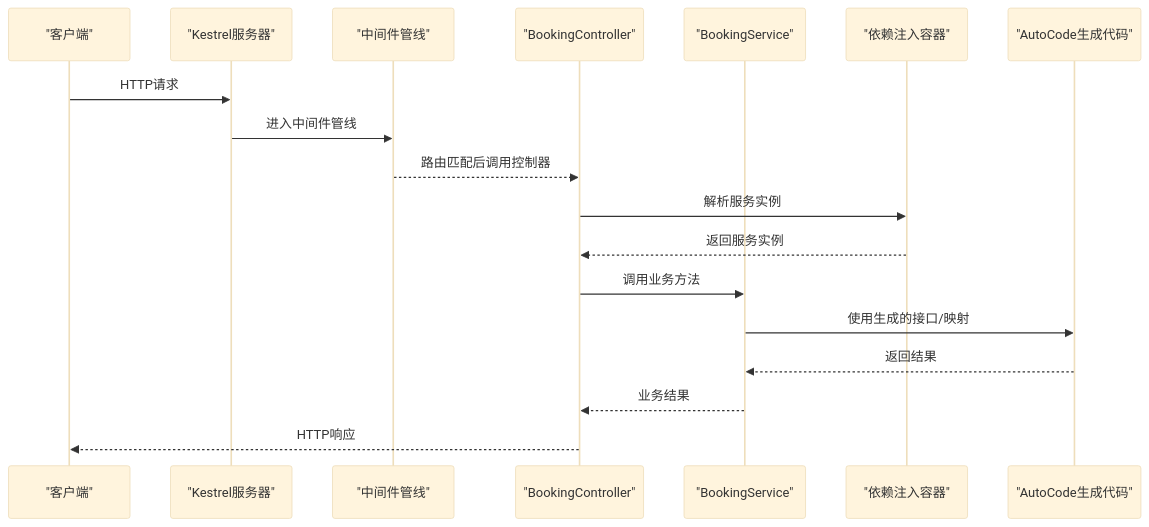
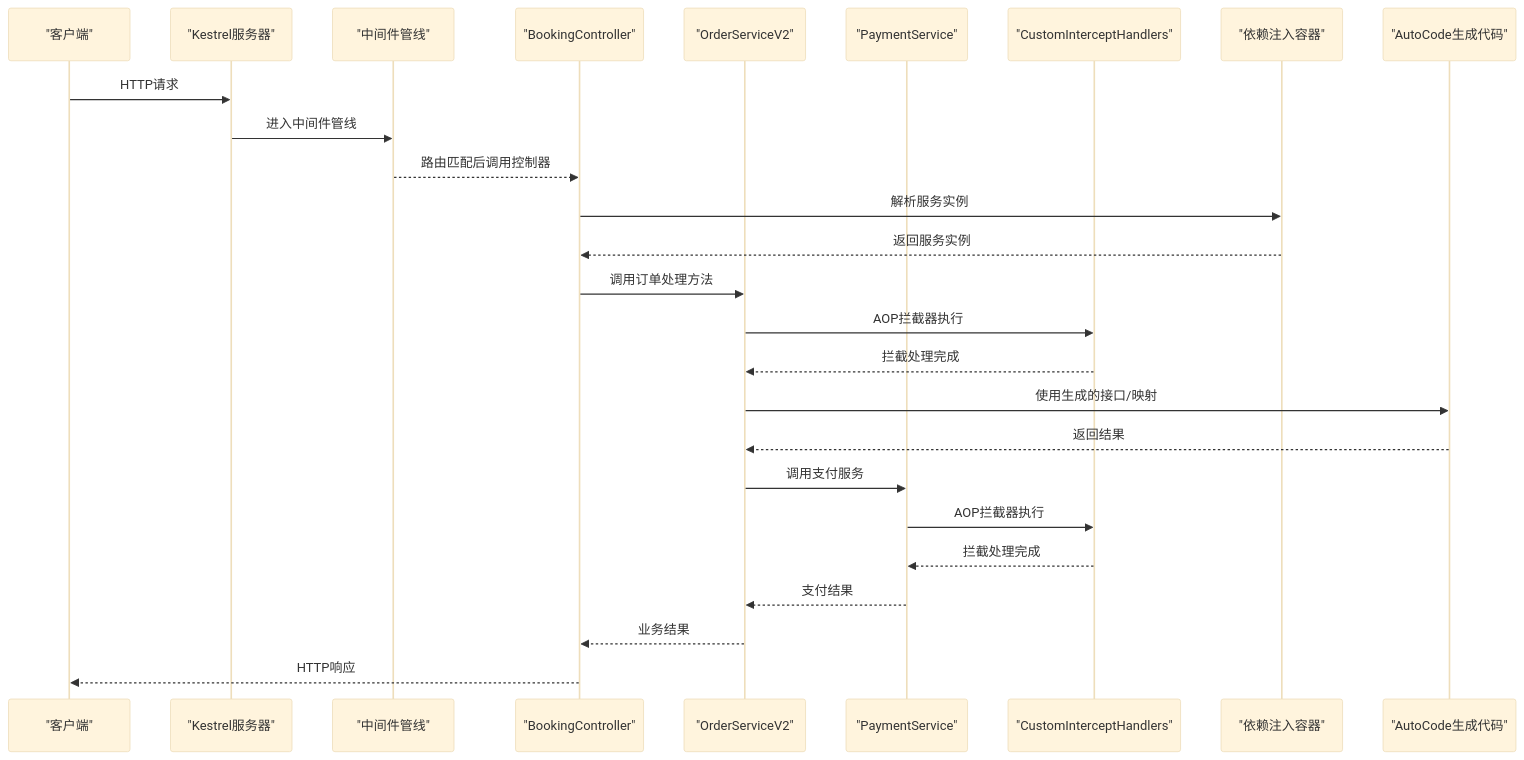
One commit to alivy/AutoCode changed the second of 11 diagrams in .qoder/repowiki/zh/content/Web API集成/Web API集成.md. Above: the diagram before and after it, drawn with Mermaid (base theme). The commit also changed other lines of this file and 150 other files, not shown here.

````diff
--- a/.qoder/repowiki/zh/content/Web API集成/Web API集成.md
+++ b/.qoder/repowiki/zh/content/Web API集成/Web API集成.md
@@ -160,20 +210,28 @@
 ```mermaid
 sequenceDiagram
 participant Client as "客户端"
 participant Kestrel as "Kestrel服务器"
 participant Middleware as "中间件管线"
 participant Controller as "BookingController"
-participant Service as "BookingService"
+participant OrderService as "OrderServiceV2"
+participant PaymentService as "PaymentService"
+participant Interceptor as "CustomInterceptHandlers"
 participant DI as "依赖注入容器"
 participant AutoGen as "AutoCode生成代码"
 Client->>Kestrel : HTTP请求
 Kestrel->>Middleware : 进入中间件管线
 Middleware-->>Controller : 路由匹配后调用控制器
 Controller->>DI : 解析服务实例
 DI-->>Controller : 返回服务实例
-Controller->>Service : 调用业务方法
-Service->>AutoGen : 使用生成的接口/映射
-AutoGen-->>Service : 返回结果
-Service-->>Controller : 业务结果
+Controller->>OrderService : 调用订单处理方法
+OrderService->>Interceptor : AOP拦截器执行
+Interceptor-->>OrderService : 拦截处理完成
+OrderService->>AutoGen : 使用生成的接口/映射
+AutoGen-->>OrderService : 返回结果
+OrderService->>PaymentService : 调用支付服务
+PaymentService->>Interceptor : AOP拦截器执行
+Interceptor-->>PaymentService : 拦截处理完成
+PaymentService-->>OrderService : 支付结果
+OrderService-->>Controller : 业务结果
 Controller-->>Client : HTTP响应
 ```
````
